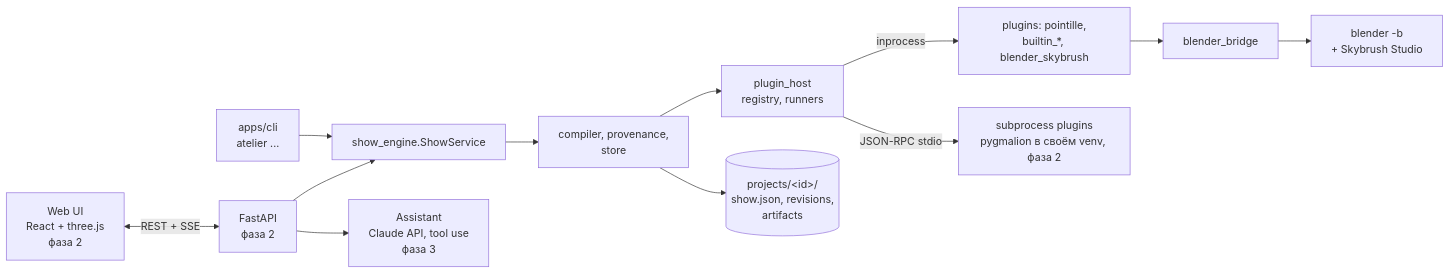
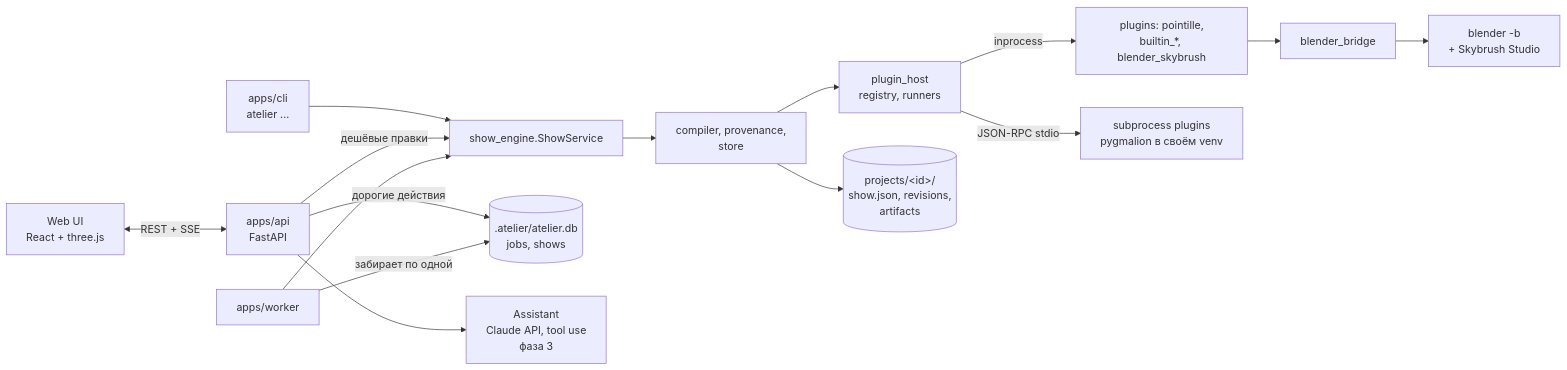
The diagram in docs/ARCHITECTURE.md (Styans/Atelier), drawn with Mermaid before and after one commit. The commit also changed other lines of this file and 1 other file, not shown here.

````diff
--- a/docs/ARCHITECTURE.md
+++ b/docs/ARCHITECTURE.md
@@ -8,14 +8,17 @@
 ```mermaid
 flowchart LR
-  UI[Web UI<br/>React + three.js<br/>фаза 2] <-->|REST + SSE| API[FastAPI<br/>фаза 2]
+  UI[Web UI<br/>React + three.js] <-->|REST + SSE| API[apps/api<br/>FastAPI]
   CLI[apps/cli<br/>atelier ...] --> SVC
-  API --> SVC[show_engine.ShowService]
+  API -->|дешёвые правки| SVC[show_engine.ShowService]
+  API -->|дорогие действия| DB[(.atelier/atelier.db<br/>jobs, shows)]
+  WRK[apps/worker] -->|забирает по одной| DB
+  WRK --> SVC
   API --> LLM[Assistant<br/>Claude API, tool use<br/>фаза 3]
   SVC --> ENG[compiler, provenance,<br/>store]
   ENG --> HOST[plugin_host<br/>registry, runners]
   HOST -->|inprocess| PIN[plugins: pointille,<br/>builtin_*, blender_skybrush]
-  HOST -->|JSON-RPC stdio| PSUB[subprocess plugins<br/>pygmalion в своём venv, фаза 2]
+  HOST -->|JSON-RPC stdio| PSUB[subprocess plugins<br/>pygmalion в своём venv]
   PIN --> BB[blender_bridge]
   BB --> BL[blender -b<br/>+ Skybrush Studio]
   ENG --> STORE[(projects/&lt;id&gt;/<br/>show.json, revisions,<br/>artifacts)]
 ```
````
